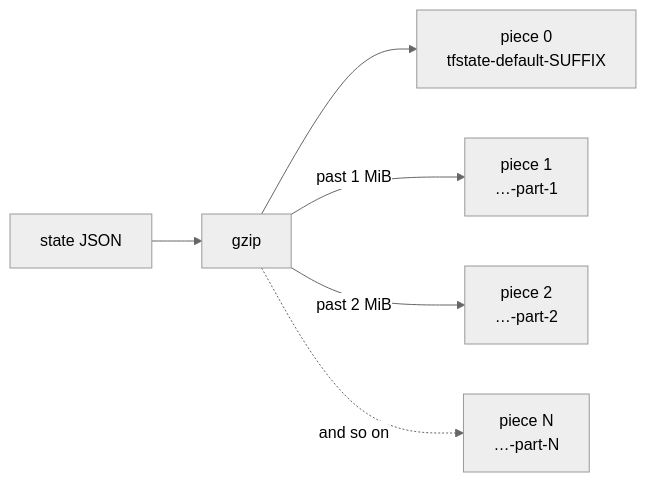
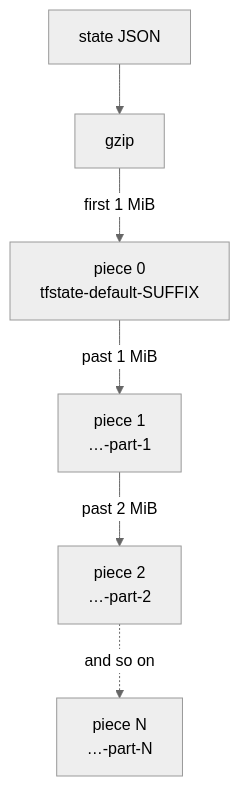
Before and after one commit to captf-io/captf-io.github.io: the first of 2 diagrams in docs/blog/posts/2026-10-06-terraform-opentofu-state.md, drawn with Mermaid (neutral theme). The commit also changed 8 other files, not shown here.

First line of the commit message:
docs: draw the flow diagrams top to bottom

````diff
--- a/docs/blog/posts/2026-10-06-terraform-opentofu-state.md
+++ b/docs/blog/posts/2026-10-06-terraform-opentofu-state.md
@@ -73,8 +73,8 @@
 ```mermaid
-flowchart LR
+flowchart TD
     S[state JSON] --> G[gzip]
-    G --> P0["piece 0<br/>tfstate-default-SUFFIX"]
-    G -- "past 1 MiB" --> P1["piece 1<br/>…-part-1"]
-    G -- "past 2 MiB" --> P2["piece 2<br/>…-part-2"]
-    G -. "and so on" .-> PN["piece N<br/>…-part-N"]
+    G -- "first 1 MiB" --> P0["piece 0<br/>tfstate-default-SUFFIX"]
+    P0 -- "past 1 MiB" --> P1["piece 1<br/>…-part-1"]
+    P1 -- "past 2 MiB" --> P2["piece 2<br/>…-part-2"]
+    P2 -. "and so on" .-> PN["piece N<br/>…-part-N"]
 ```
````
